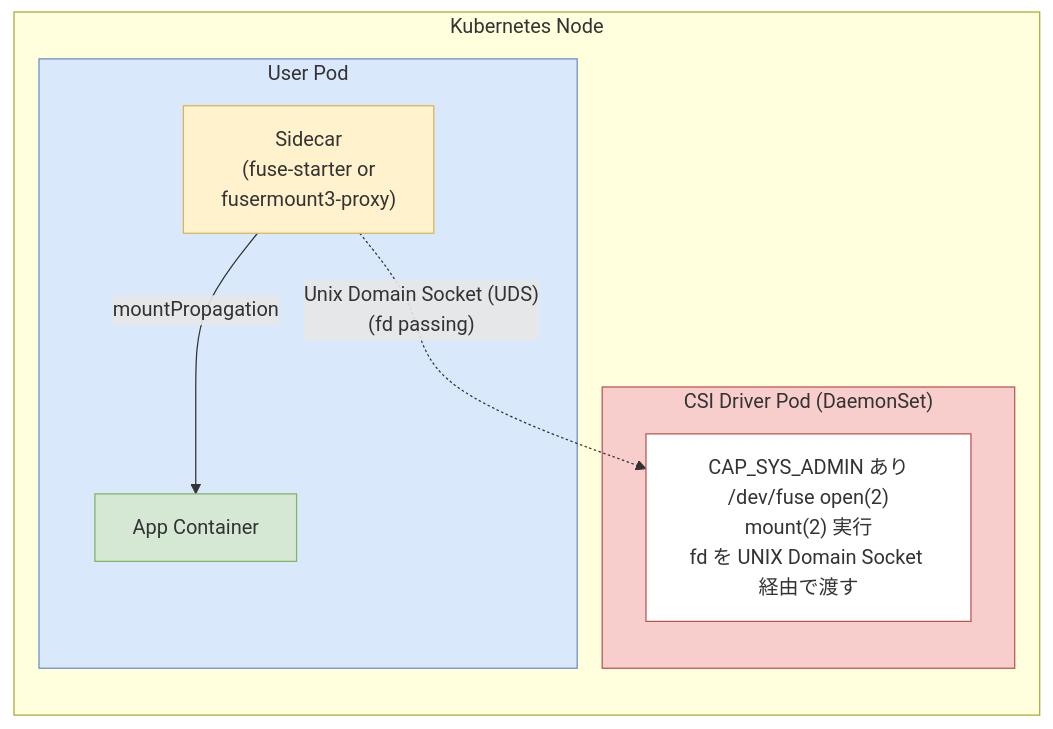
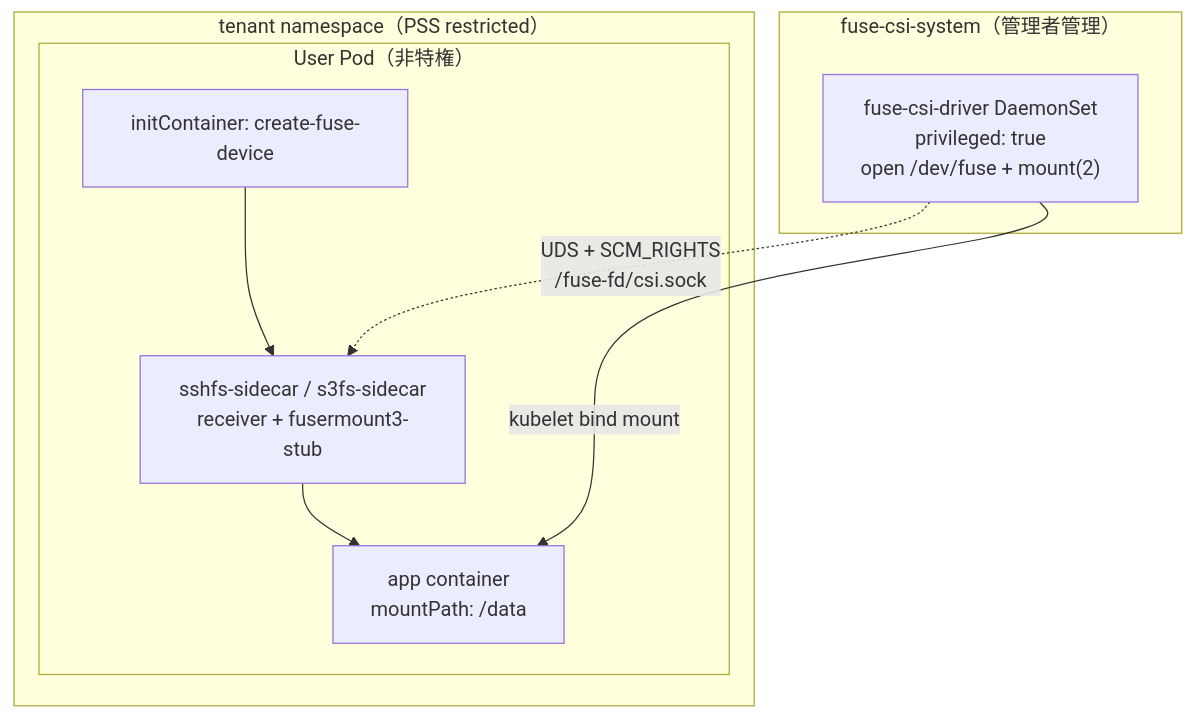
Before and after one commit to tak-55/fuse_k8s: the diagram in docs/implementation-guide.md, drawn with Mermaid. The commit also changed other lines of this file and 13 other files, not shown here.

Commit message:
docs: align architecture documentation with current CSI fd-passing design

````diff
--- a/docs/implementation-guide.md
+++ b/docs/implementation-guide.md
@@ -9,20 +14,18 @@
 ```mermaid
-graph LR
-    subgraph Node["Kubernetes Node"]
-        subgraph CSIPod["CSI Driver Pod (DaemonSet)"]
-            CSI["CAP_SYS_ADMIN あり<br/>/dev/fuse open(2)<br/>mount(2) 実行<br/>fd を UNIX Domain Socket 経由で渡す"]
-        end
-        subgraph UserPod["User Pod"]
-            Sidecar["Sidecar<br/>(fuse-starter or<br/>fusermount3-proxy)"]
-            App["App Container"]
-            Sidecar -- "mountPropagation" --> App
-        end
-        Sidecar -. "Unix Domain Socket (UDS)<br/>(fd passing)" .-> CSI
+graph TB
+    subgraph AdminNS["fuse-csi-system（管理者管理）"]
+        CSI["fuse-csi-driver DaemonSet<br/>privileged: true<br/>open /dev/fuse + mount(2)"]
     end
 
-    style CSIPod fill:#f8cecc,stroke:#b85450
-    style UserPod fill:#dae8fc,stroke:#6c8ebf
-    style CSI fill:#fff,stroke:#b85450
-    style Sidecar fill:#fff2cc,stroke:#d6b656
-    style App fill:#d5e8d4,stroke:#82b366
+    subgraph TenantNS["tenant namespace（PSS restricted）"]
+        subgraph UserPod["User Pod（非特権）"]
+            Init["initContainer: create-fuse-device"]
+            Sidecar["sshfs-sidecar / s3fs-sidecar<br/>receiver + fusermount3-stub"]
+            App["app container<br/>mountPath: /data"]
+            Init --> Sidecar --> App
+        end
+    end
+
+    CSI -. "UDS + SCM_RIGHTS<br/>/fuse-fd/csi.sock" .-> Sidecar
+    CSI -- "kubelet bind mount" --> App
 ```
````
